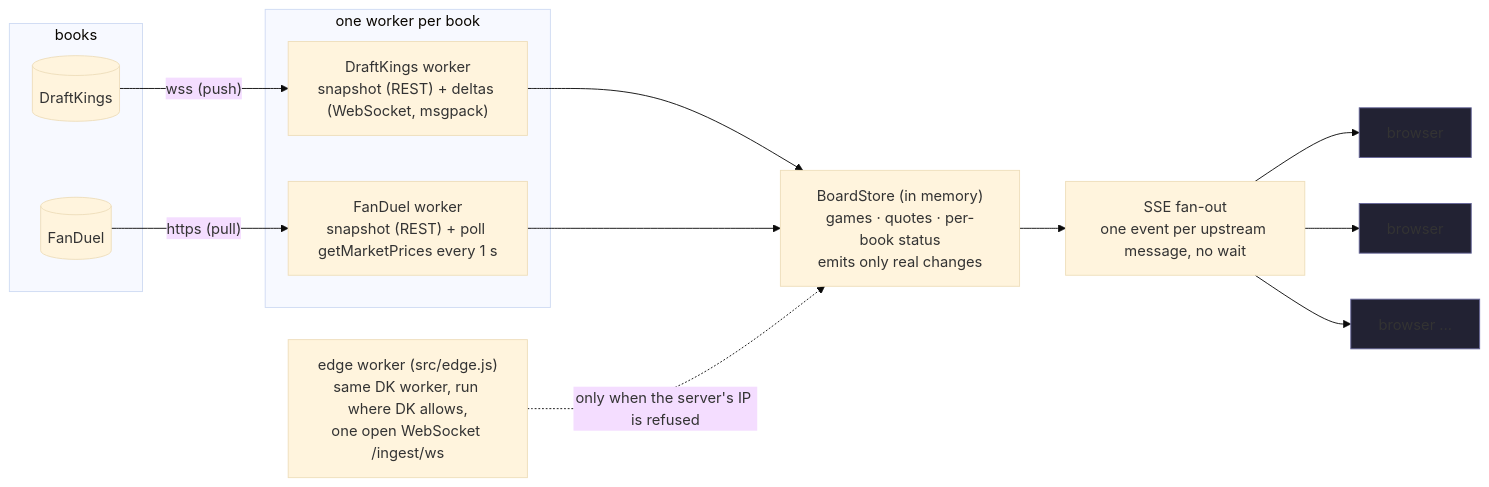
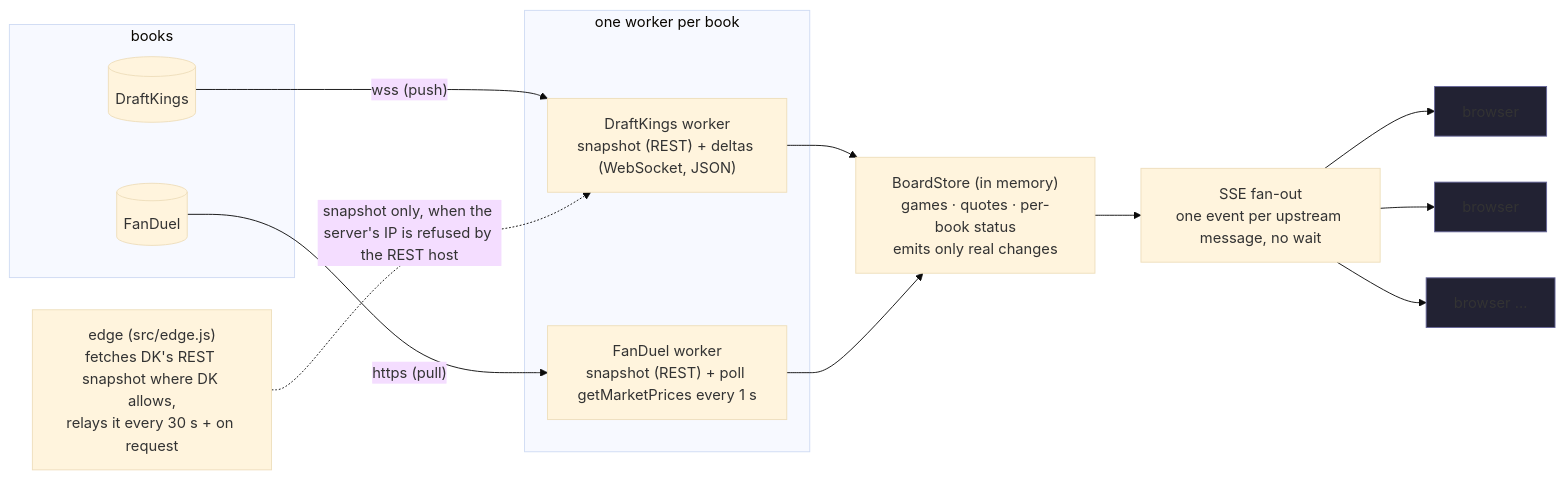
The diagram in README.md (youngbizman/nfl-odds-board), drawn with Mermaid (base theme) before and after one commit. The commit also changed other lines of this file and 1 other file, not shown here.

First line of the commit message:
README/findings: socket in the cloud, snapshot from the edge; measured 44 ms DK publish → server

````diff
--- a/README.md
+++ b/README.md
@@ -46,24 +46,24 @@
 ```mermaid
 flowchart LR
   subgraph books
     DK[(DraftKings)]
     FD[(FanDuel)]
   end
   subgraph ingestion["one worker per book"]
-    DKW["DraftKings worker<br/>snapshot (REST) + deltas (WebSocket, msgpack)"]
+    DKW["DraftKings worker<br/>snapshot (REST) + deltas (WebSocket, JSON)"]
     FDW["FanDuel worker<br/>snapshot (REST) + poll getMarketPrices every 1 s"]
   end
   STORE["BoardStore (in memory)<br/>games · quotes · per-book status<br/>emits only real changes"]
   SSE["SSE fan-out<br/>one event per upstream message, no wait"]
   B1[browser]:::b
   B2[browser]:::b
   B3[browser …]:::b
   DK -- "wss (push)" --> DKW
   FD -- "https (pull)" --> FDW
   DKW --> STORE
   FDW --> STORE
   STORE --> SSE
   SSE --> B1 & B2 & B3
-  EDGE["edge worker (src/edge.js)<br/>same DK worker, run where DK allows,<br/>one open WebSocket /ingest/ws"] -. "only when the server's IP is refused" .-> STORE
+  EDGE["edge (src/edge.js)<br/>fetches DK's REST snapshot where DK allows,<br/>relays it every 30 s + on request"] -. "snapshot only, when the server's IP is refused by the REST host" .-> DKW
   classDef b fill:#223,stroke:#669
 ```
````
